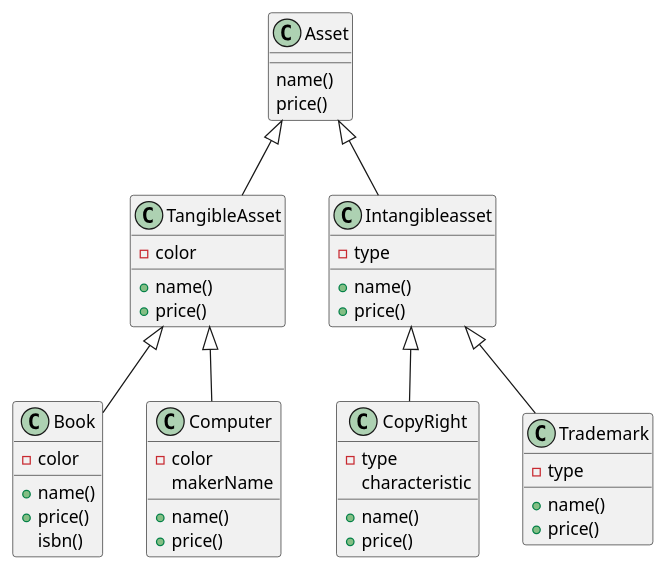
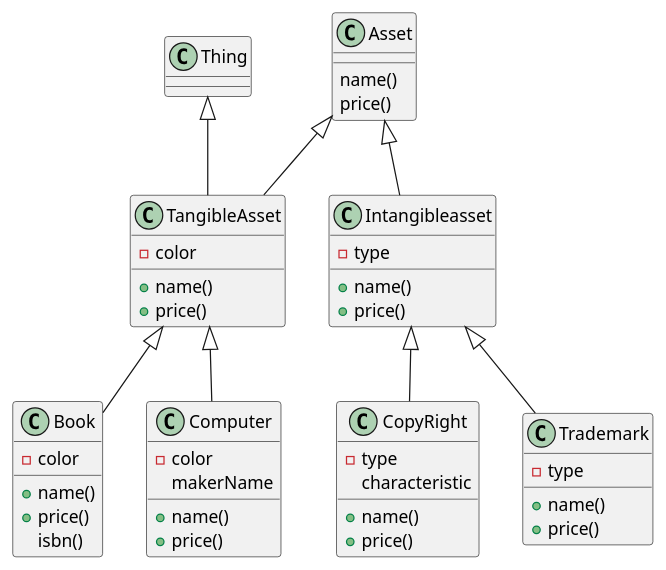
Before and after one commit to orm-camp-flutter-2ki/learn_dart_together: the diagram in lib/orm_240313/자산.puml, drawn with PlantUML. The commit also changed 1 other file, not shown here.

Commit message:
feat : 문제 4 유형자산에 thing 넣기
이전에 문제 3에 있던 thing 클래스에 getter, setter를 넣어 클래스를 인터페이스 클래스로 만들었다.

그후 유형 자산 클래스에 불러와서 오버로드를 이용해 코드를 작성했다.

```diff
--- a/lib/orm_240313/자산.puml
+++ b/lib/orm_240313/자산.puml
@@ -1,52 +1,54 @@
 @startuml
 'https://plantuml.com/sequence-diagram
 
 class Asset{
     name()
     price()
 }
 
 class TangibleAsset extends Asset{
     +name()
     +price()
     -color
 
 }
 class Book extends TangibleAsset
 {
     +name()
     +price()
     -color
      isbn()
 }
 class Computer extends TangibleAsset
 {
     +name()
     +price()
     -color
     makerName
 }
 
 class Intangibleasset extends Asset
 {
     +name()
     +price()
     -type
 
 }
 
 class CopyRight extends Intangibleasset
 {
     +name()
     +price()
     -type
     characteristic
     }
 
 
 class Trademark extends Intangibleasset{
   +name()
   +price()
   -type
 }
+
+class TangibleAsset extends Thing
 @enduml
```
